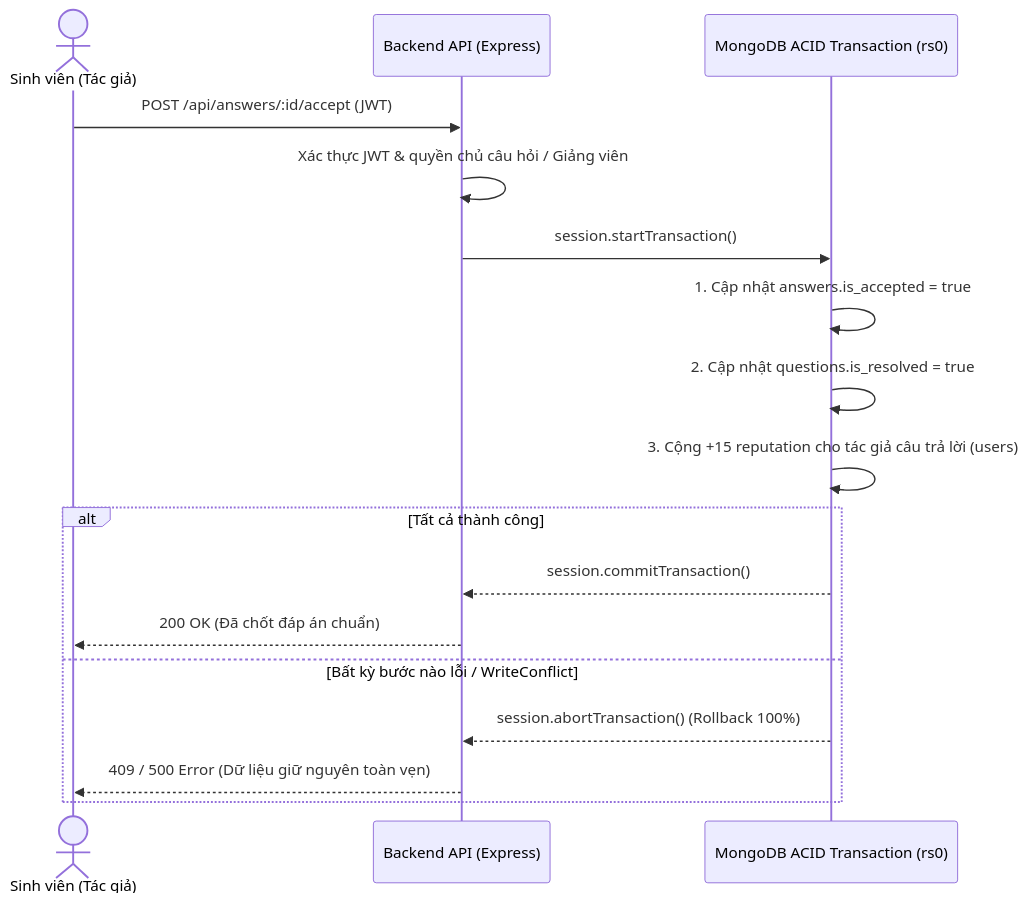
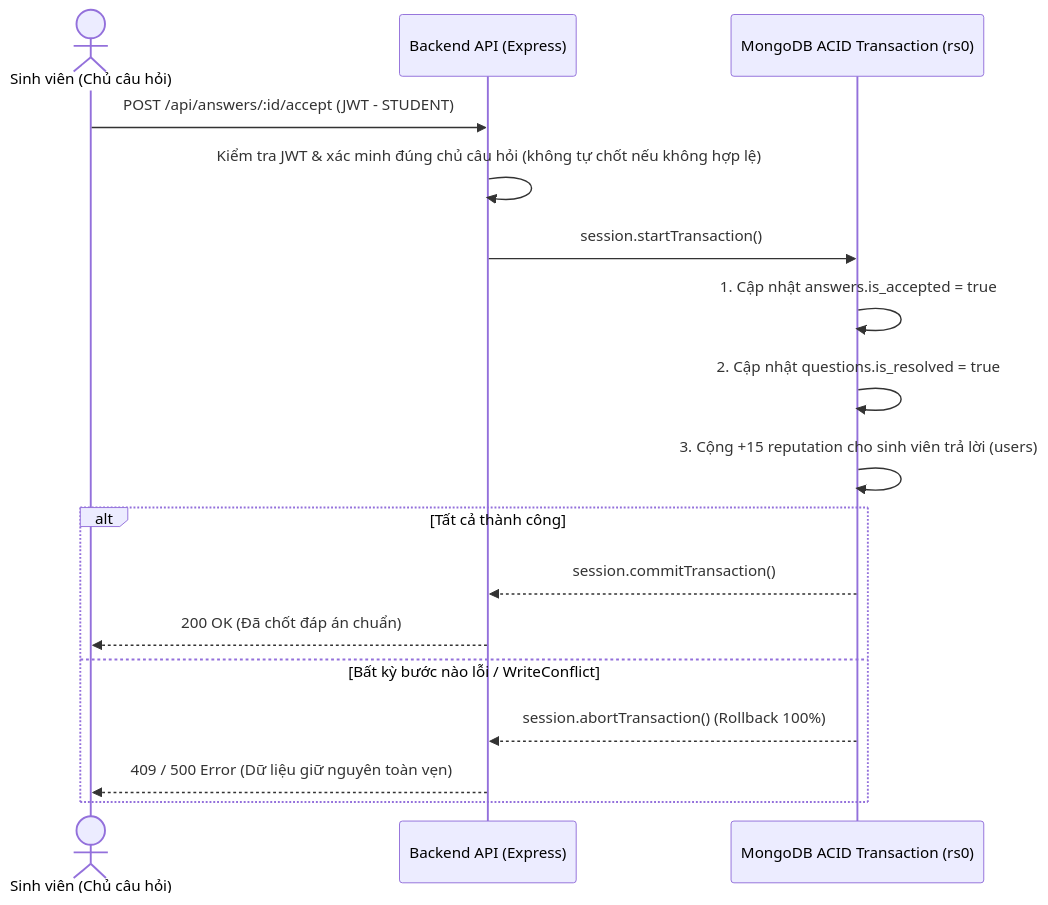
One commit to thanhpham2k6/edUTT changed the first of 3 diagrams in docs/01-system-requirements-specification.md. Above: the diagram before and after it, drawn with Mermaid. The commit also changed other lines of this file and 5 other files, not shown here.

Commit message:
docs(plan): cập nhật bảng phân công CSDL, mô hình 2 tác nhân (STUDENT/ADMIN) và tài khoản DB

````diff
--- a/docs/01-system-requirements-specification.md
+++ b/docs/01-system-requirements-specification.md
@@ -113,20 +120,20 @@
 ```mermaid
 sequenceDiagram
-    actor SV as Sinh viên (Tác giả)
+    actor SV as Sinh viên (Chủ câu hỏi)
     participant API as Backend API (Express)
     participant TX as MongoDB ACID Transaction (rs0)
 
-    SV->>API: POST /api/answers/:id/accept (JWT)
-    API->>API: Xác thực JWT & quyền chủ câu hỏi / Giảng viên
+    SV->>API: POST /api/answers/:id/accept (JWT - STUDENT)
+    API->>API: Kiểm tra JWT & xác minh đúng chủ câu hỏi (không tự chốt nếu không hợp lệ)
     API->>TX: session.startTransaction()
     TX->>TX: 1. Cập nhật answers.is_accepted = true
     TX->>TX: 2. Cập nhật questions.is_resolved = true
-    TX->>TX: 3. Cộng +15 reputation cho tác giả câu trả lời (users)
+    TX->>TX: 3. Cộng +15 reputation cho sinh viên trả lời (users)
     alt Tất cả thành công
         TX-->>API: session.commitTransaction()
         API-->>SV: 200 OK (Đã chốt đáp án chuẩn)
     else Bất kỳ bước nào lỗi / WriteConflict
         TX-->>API: session.abortTransaction() (Rollback 100%)
         API-->>SV: 409 / 500 Error (Dữ liệu giữ nguyên toàn vẹn)
     end
 ```
````
